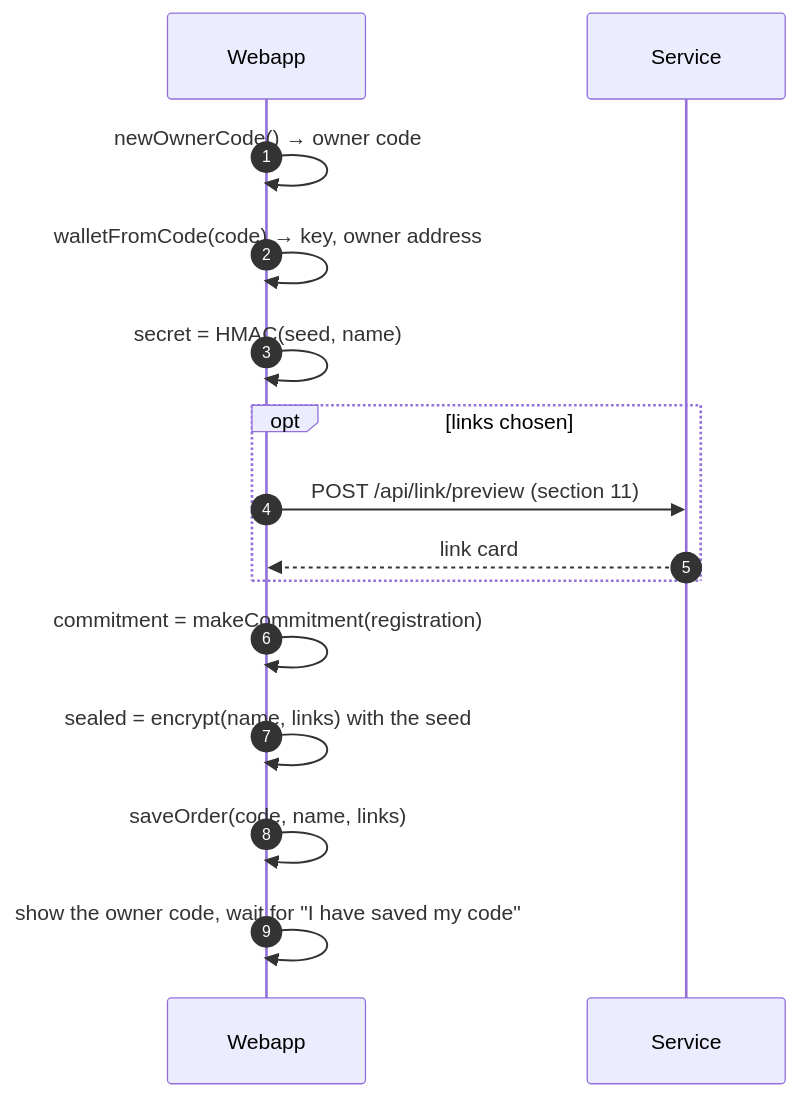
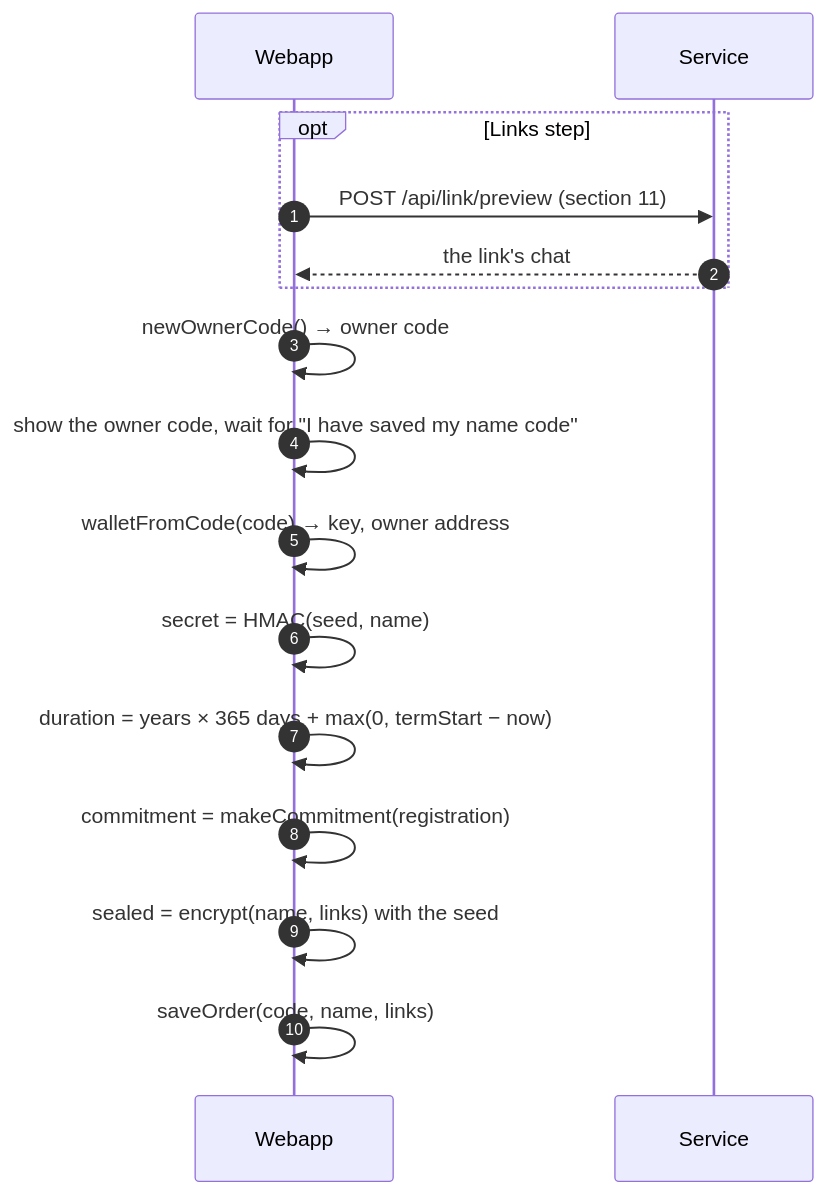
Before and after one commit to simplex-chat/simplex-chat: the third of 20 diagrams in plans/names-codes/2026-10-13-names-sequence.md, drawn with Mermaid. The commit also changed other lines of this file and 2 other files, not shown here.

Commit message:
plans: names docs follow the store API

````diff
--- a/plans/names-codes/2026-10-13-names-sequence.md
+++ b/plans/names-codes/2026-10-13-names-sequence.md
@@ -159,17 +150,18 @@
 ```mermaid
 sequenceDiagram
   autonumber
   participant W as Webapp
   participant S as Service
+  opt Links step
+    W->>S: POST /api/link/preview (section 11)
+    S-->>W: the link's chat
+  end
   W->>W: newOwnerCode() → owner code
+  W->>W: show the owner code, wait for "I have saved my name code"
   W->>W: walletFromCode(code) → key, owner address
   W->>W: secret = HMAC(seed, name)
-  opt links chosen
-    W->>S: POST /api/link/preview (section 11)
-    S-->>W: link card
-  end
+  W->>W: duration = years × 365 days + max(0, termStart − now)
   W->>W: commitment = makeCommitment(registration)
   W->>W: sealed = encrypt(name, links) with the seed
   W->>W: saveOrder(code, name, links)
-  W->>W: show the owner code, wait for "I have saved my code"
 ```
````
